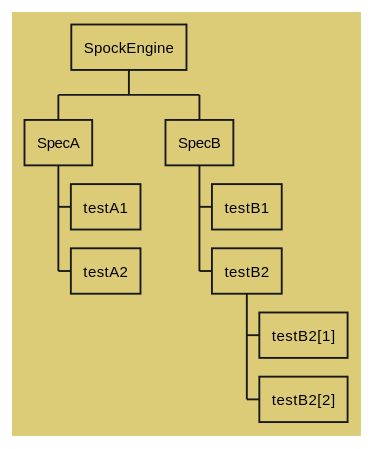
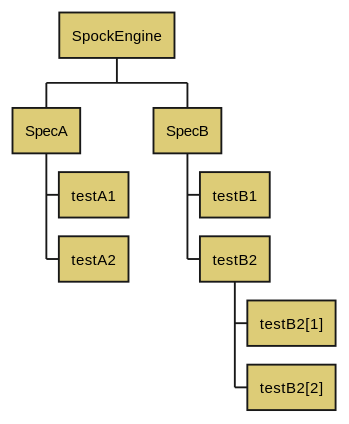
Before and after one commit to spockframework/spock: the second of 14 diagrams in docs/parallel_execution.adoc, drawn with PlantUML. The commit also changed other lines of this file, not shown here.

First line of the commit message:
Fix broken background in PlantUML WBS diagrams (#2310)

```diff
--- a/docs/parallel_execution.adoc
+++ b/docs/parallel_execution.adoc
@@ -166,20 +165,22 @@
 [plantuml,images/execution-hierarchy-same-thread,svg]
 ....
 @startwbs
 <style>
 wbsDiagram {
-  BackgroundColor #DDCC77
+  node {
+    BackgroundColor #DDCC77
+  }
 }
 </style>
 skinparam shadowing false
 * SpockEngine
 ** SpecA
 *** testA1
 *** testA2
 ** SpecB
 *** testB1
 *** testB2
 **** testB2[1]
 **** testB2[2]
 @endwbs
 ....
```
